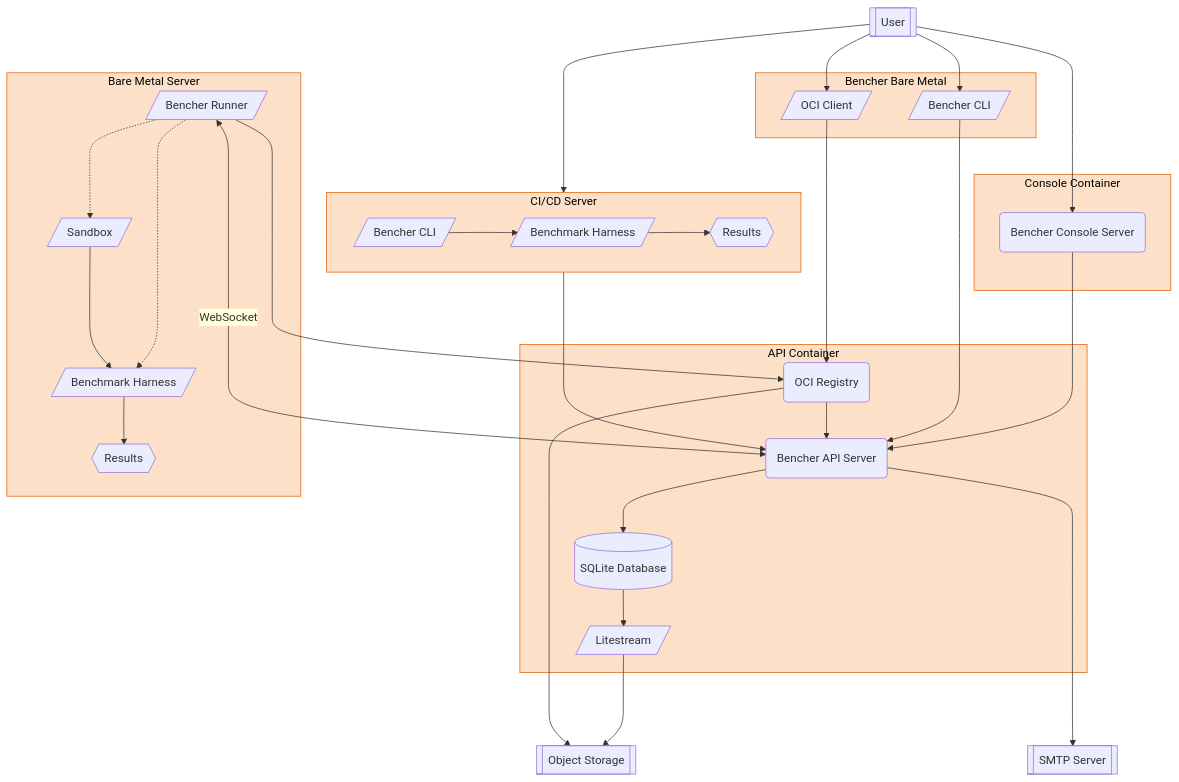
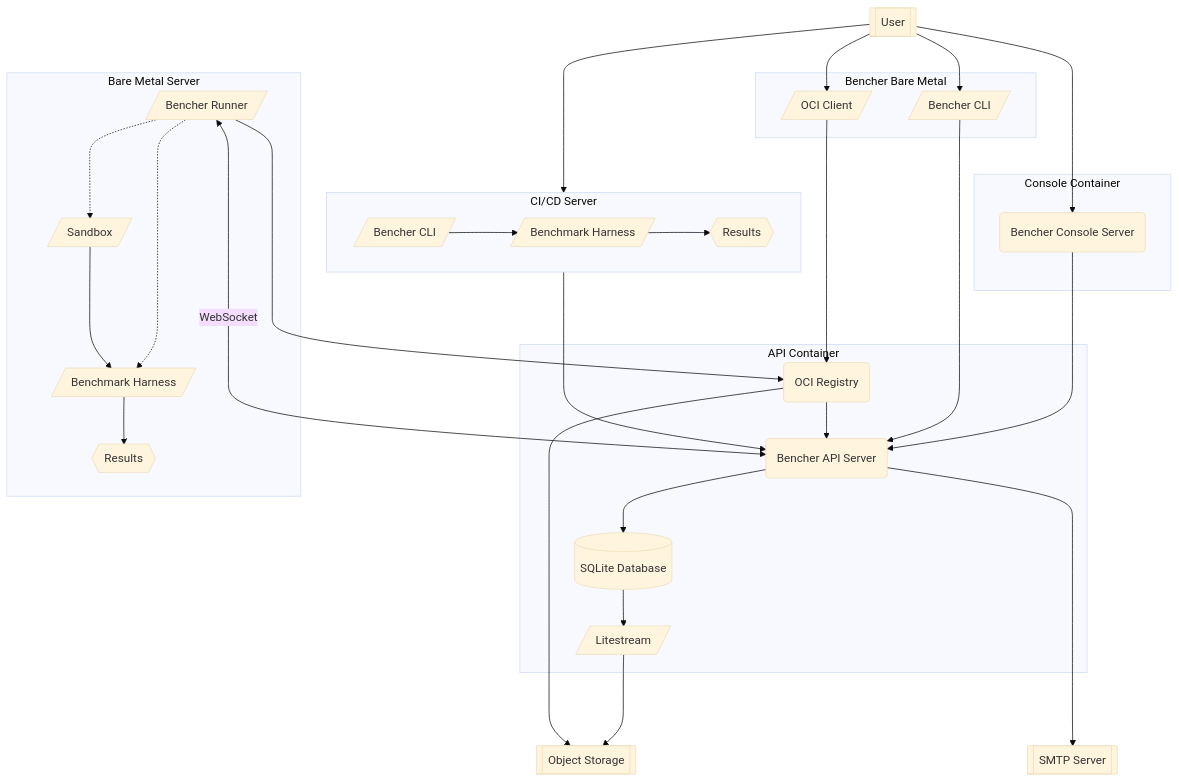
Before and after one commit to bencherdev/bencher: the diagram in services/console/diagrams/architecture.mmd, drawn with Mermaid. The commit also changed 897 other files, not shown here.

```diff
--- a/services/console/diagrams/architecture.mmd
+++ b/services/console/diagrams/architecture.mmd
@@ -1,68 +1,68 @@
-%%{init: {'theme': 'base', 'themeVariables': {'primaryColor': '#ECECFF', 'primaryBorderColor': '#9370DB', 'primaryTextColor': '#333', 'lineColor': '#333333', 'secondaryColor': '#ffffde', 'tertiaryColor': '#fff', 'clusterBkg': '#fde0c8', 'clusterBorder': '#e26000'}}}%%
+%%{init: {'theme': 'base'}}%%
 graph TD
 
 User[[User]]
 Console(Bencher Console Server)
 Cli[/Bencher CLI/]
 Api(Bencher API Server)
 Db[(SQLite Database)]
 Litestream[/Litestream/]
 Storage[[Object Storage]]
 Smtp[[SMTP Server]]
 BenchmarkHarness[/Benchmark Harness/]
 Runner[/Bencher Runner/]
 OciRegistry(OCI Registry)
 OciClient[/OCI Client/]
 BmCli[/Bencher CLI/]
 Sandbox[/Sandbox/]
 RunnerHarness[/Benchmark Harness/]
 
 User --> Console
 User --> OciClient
 User --> BmCli
 
 Console ---> Api
 subgraph Console Container
     Console
 end
 
 User --> Cli
 Cli ---> Api
 subgraph CiCdServer[CI/CD Server]
     direction LR
     Cli --> BenchmarkHarness
     BenchmarkHarness --> Results{{Results}}
 end
 
 OciClient ---> OciRegistry
 BmCli ---> Api
 subgraph BencherBareMetal[Bencher Bare Metal]
     OciClient
     BmCli
 end
 
 OciRegistry --> Api
 Api --> Db
 Db --> Litestream
 Litestream ---> Storage
 OciRegistry ---> Storage
 Api -----> Smtp
 subgraph API Container
     OciRegistry
     Api
     Db
     Litestream
 end
 
 Runner <--->|WebSocket| Api
 Runner ---> OciRegistry
 Runner -.-> Sandbox
 Runner -.-> RunnerHarness
 Sandbox --> RunnerHarness
 RunnerHarness --> RunnerResults{{Results}}
 subgraph BareMetalServer[Bare Metal Server]
     Runner
     Sandbox
     RunnerHarness
     RunnerResults
 end
```
